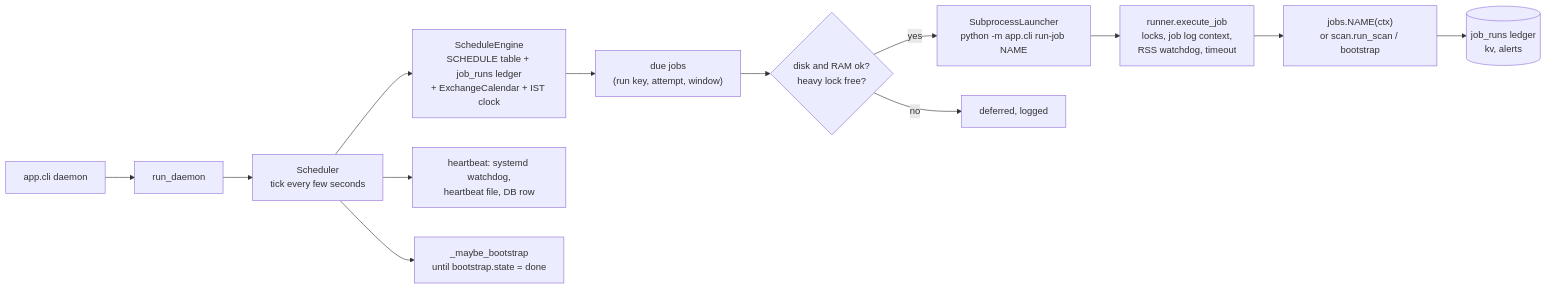
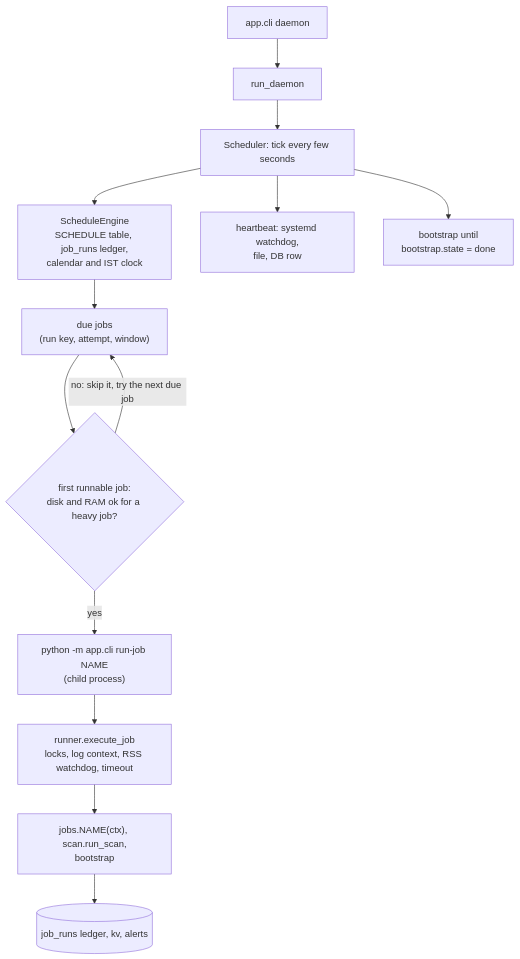
The third of 18 diagrams in MONSTER-AI/docs/ARCHITECTURE.md (amansoni7477030/MonsterStock_AI), drawn with Mermaid before and after one commit. The commit also changed other lines of this file and 5 other files, not shown here.

````diff
--- a/MONSTER-AI/docs/ARCHITECTURE.md
+++ b/MONSTER-AI/docs/ARCHITECTURE.md
@@ -142,15 +115,15 @@
 ```mermaid
-flowchart LR
+flowchart TB
     CLID["app.cli daemon"] --> RD["run_daemon"]
-    RD --> SCH["Scheduler<br/>tick every few seconds"]
-    SCH --> ENG["ScheduleEngine<br/>SCHEDULE table + job_runs ledger<br/>+ ExchangeCalendar + IST clock"]
+    RD --> SCH["Scheduler: tick every few seconds"]
+    SCH --> ENG["ScheduleEngine<br/>SCHEDULE table, job_runs ledger,<br/>calendar and IST clock"]
     ENG --> DUE["due jobs<br/>(run key, attempt, window)"]
-    DUE --> GATE{"disk and RAM ok?<br/>heavy lock free?"}
-    GATE -- yes --> LAUNCH["SubprocessLauncher<br/>python -m app.cli run-job NAME"]
-    GATE -- no --> WAIT["deferred, logged"]
-    LAUNCH --> EXE["runner.execute_job<br/>locks, job log context,<br/>RSS watchdog, timeout"]
-    EXE --> BODY["jobs.NAME(ctx)<br/>or scan.run_scan / bootstrap"]
-    BODY --> LED[("job_runs ledger<br/>kv, alerts")]
-    SCH --> HB["heartbeat: systemd watchdog,<br/>heartbeat file, DB row"]
-    SCH --> BOOTQ["_maybe_bootstrap<br/>until bootstrap.state = done"]
+    DUE --> GATE{"first runnable job:<br/>disk and RAM ok for a heavy job?"}
+    GATE -- "no: skip it, try the next due job" --> DUE
+    GATE -- yes --> LAUNCH["python -m app.cli run-job NAME<br/>(child process)"]
+    LAUNCH --> EXE["runner.execute_job<br/>locks, log context, RSS watchdog, timeout"]
+    EXE --> BODY["jobs.NAME(ctx), scan.run_scan,<br/>bootstrap"]
+    BODY --> LED[("job_runs ledger, kv, alerts")]
+    SCH --> HB["heartbeat: systemd watchdog,<br/>file, DB row"]
+    SCH --> BOOTQ["bootstrap until<br/>bootstrap.state = done"]
 ```
````
